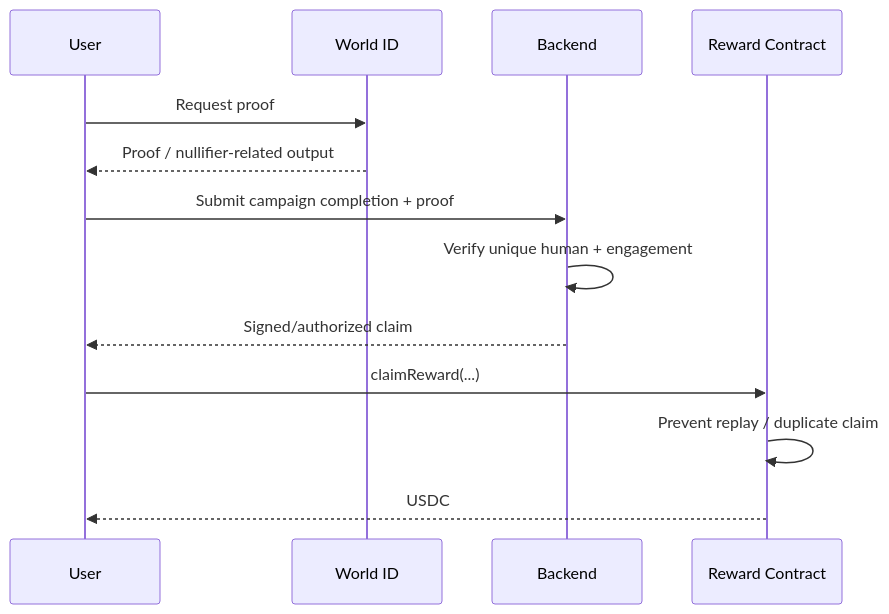
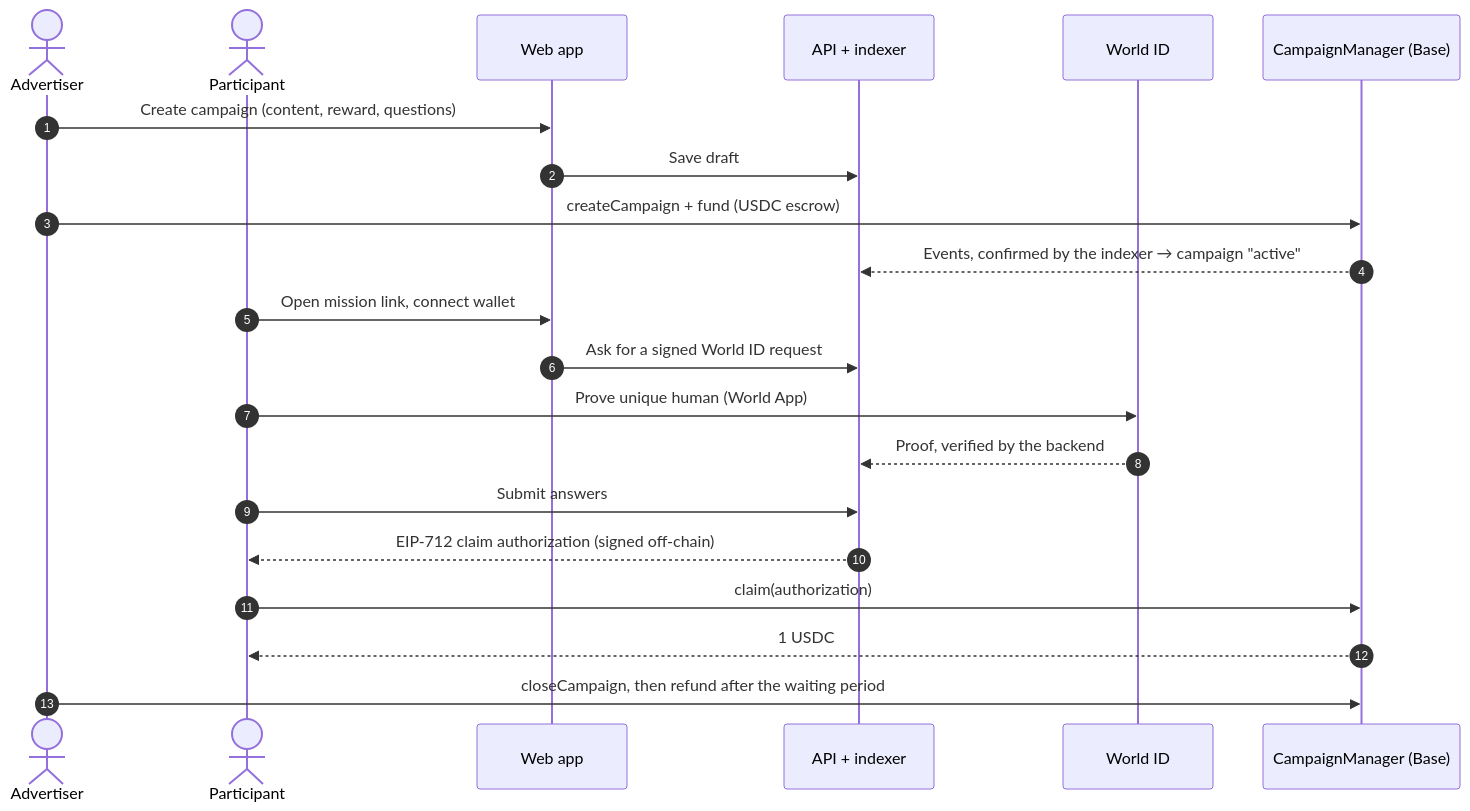
The first of 2 diagrams in README.md (ChiJiun/verified-human-attention-market), drawn with Mermaid before and after one commit. The commit also changed other lines of this file and 6 other files, not shown here.

````diff
--- a/README.md
+++ b/README.md
@@ -212,16 +30,26 @@
 ```mermaid
 sequenceDiagram
-    participant U as User
-    participant W as World ID
-    participant B as Backend
-    participant C as Reward Contract
+    autonumber
+    actor A as Advertiser
+    actor U as Participant
+    participant W as Web app
+    participant API as API + indexer
+    participant ID as World ID
+    participant C as CampaignManager (Base)
 
-    U->>W: Request proof
-    W-->>U: Proof / nullifier-related output
-    U->>B: Submit campaign completion + proof
-    B->>B: Verify unique human + engagement
-    B-->>U: Signed/authorized claim
-    U->>C: claimReward(...)
-    C->>C: Prevent replay / duplicate claim
-    C-->>U: USDC
+    A->>W: Create campaign (content, reward, questions)
+    W->>API: Save draft
+    A->>C: createCampaign + fund (USDC escrow)
+    C-->>API: Events, confirmed by the indexer → campaign "active"
+
+    U->>W: Open mission link, connect wallet
+    W->>API: Ask for a signed World ID request
+    U->>ID: Prove unique human (World App)
+    ID-->>API: Proof, verified by the backend
+    U->>API: Submit answers
+    API-->>U: EIP-712 claim authorization (signed off-chain)
+    U->>C: claim(authorization)
+    C-->>U: 1 USDC
+
+    A->>C: closeCampaign, then refund after the waiting period
 ```
````
